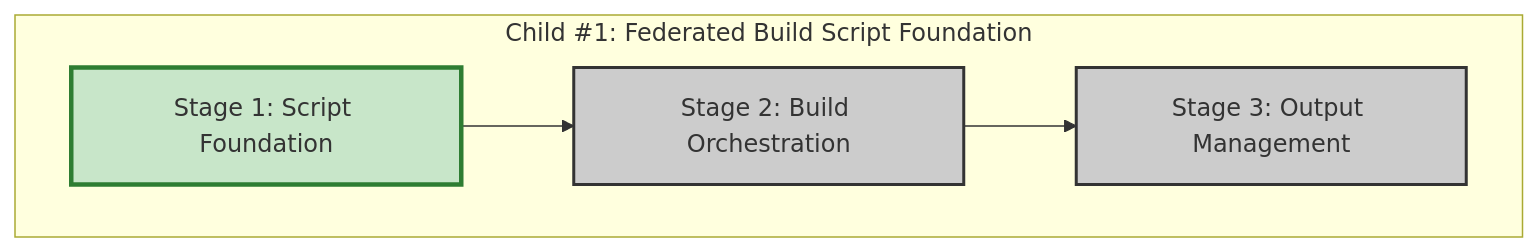
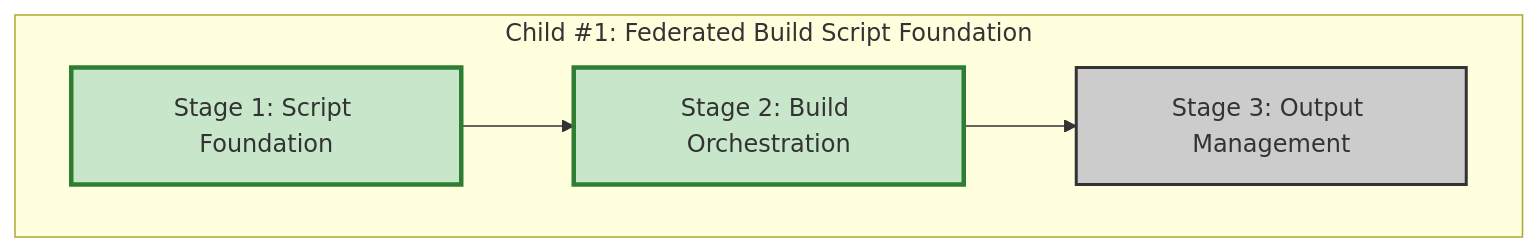
One commit to info-tech-io/hugo-templates changed the diagram in docs/proposals/epic-15-federated-build-system/child-1-federated-build-script/progress.md. Above: the diagram before and after it, drawn with Mermaid. The commit also changed other lines of this file and 2 other files, not shown here.

````diff
--- a/docs/proposals/epic-15-federated-build-system/child-1-federated-build-script/progress.md
+++ b/docs/proposals/epic-15-federated-build-system/child-1-federated-build-script/progress.md
@@ -5,15 +5,15 @@
 ```mermaid
 graph TD
     subgraph "Child #1: Federated Build Script Foundation"
         A[Stage 1: Script Foundation] --> B[Stage 2: Build Orchestration];
         B --> C[Stage 3: Output Management];
     end
 
     style A fill:#c8e6c9,stroke:#2e7d32,stroke-width:3px
-    style B fill:#ccc,stroke:#333,stroke-width:2px
+    style B fill:#c8e6c9,stroke:#2e7d32,stroke-width:3px
     style C fill:#ccc,stroke:#333,stroke-width:2px
 
     click A "001-progress.md" "Stage 1 Complete"
-    click B "002-build-orchestration.md" "Stage 2 Details"
+    click B "002-progress.md" "Stage 2 Complete"
     click C "003-output-management.md" "Stage 3 Details"
 ```
````
